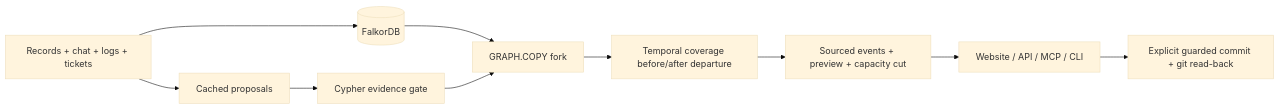
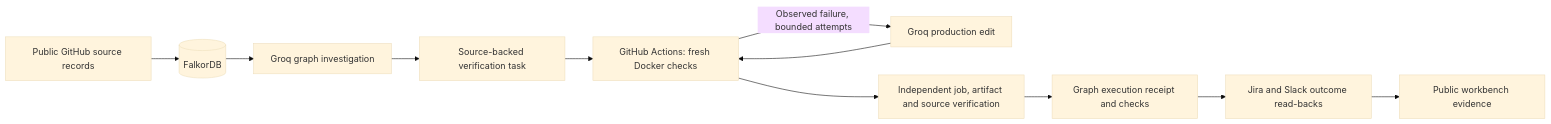
The diagram in README.md (RHUDHRESH/baton-change-verification), drawn with Mermaid (base theme) before and after one commit. The commit also changed other lines of this file and 5 other files, not shown here.

Commit message:
Record verified app-owned repair execution and independent provider evidence

````diff
--- a/README.md
+++ b/README.md
@@ -79,12 +83,13 @@
 ```mermaid
 flowchart LR
-  Data[Records + chat + logs + tickets] --> Live[(FalkorDB)]
-  Data --> Beliefs[Cached proposals]
-  Live --> Fork[GRAPH.COPY fork]
-  Beliefs --> Gate[Cypher evidence gate]
-  Gate --> Fork
-  Fork --> Coverage[Temporal coverage before/after departure]
-  Coverage --> Proof[Sourced events + preview + capacity cut]
-  Proof --> UI[Website / API / MCP / CLI]
-  UI --> Write[Explicit guarded commit + git read-back]
+  Source[Public GitHub source records] --> Graph[(FalkorDB)]
+  Graph --> Agent[Groq graph investigation]
+  Agent --> Task[Source-backed verification task]
+  Task --> Runner[GitHub Actions: fresh Docker checks]
+  Runner -->|Observed failure, bounded attempts| Repair[Groq production edit]
+  Repair --> Runner
+  Runner --> Gate[Independent job, artifact and source verification]
+  Gate --> Receipt[Graph execution receipt and checks]
+  Receipt --> Tools[Jira and Slack outcome read-backs]
+  Tools --> UI[Public workbench evidence]
 ```
````
